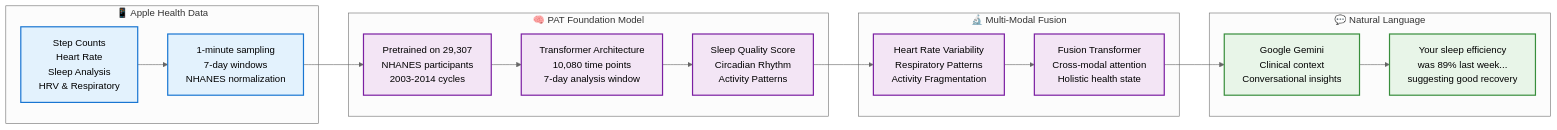
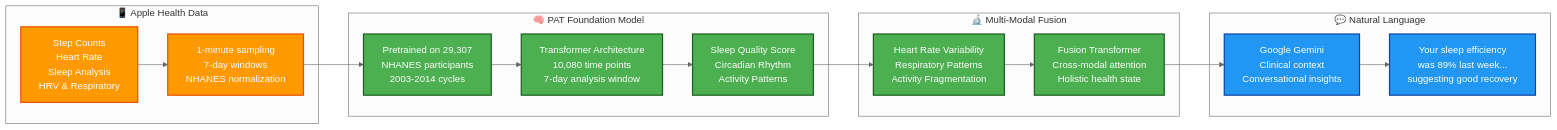
One commit to Clairty-Digital-Twin/clarity-loop-backend changed the first of 2 diagrams in README.md. Above: the diagram before and after it, drawn with Mermaid (neutral theme).

Commit message:
fix: Update README class definitions for improved visual clarity and consistency
- Changed color definitions for data, AI, output, frontend, API, storage, and ML classes in the README to enhance visual distinction and readability.
- Ensured consistent color usage across diagrams to reflect a more cohesive design aesthetic, aligning with the project's human-centered approach.

````diff
--- a/README.md
+++ b/README.md
@@ -15,34 +15,34 @@
 ```mermaid
 graph LR
     subgraph DataIngestion ["📱 Apple Health Data"]
         A[Step Counts<br/>Heart Rate<br/>Sleep Analysis<br/>HRV & Respiratory]
         B[1-minute sampling<br/>7-day windows<br/>NHANES normalization]
     end
     
     subgraph PAT ["🧠 PAT Foundation Model"]
         C[Pretrained on 29,307<br/>NHANES participants<br/>2003-2014 cycles]
         D[Transformer Architecture<br/>10,080 time points<br/>7-day analysis window]
         E[Sleep Quality Score<br/>Circadian Rhythm<br/>Activity Patterns]
     end
     
     subgraph Multimodal ["🔬 Multi-Modal Fusion"]
         F[Heart Rate Variability<br/>Respiratory Patterns<br/>Activity Fragmentation]
         G[Fusion Transformer<br/>Cross-modal attention<br/>Holistic health state]
     end
     
     subgraph NLG ["💬 Natural Language"]
         H[Google Gemini<br/>Clinical context<br/>Conversational insights]
         I["Your sleep efficiency<br/>was 89% last week...<br/>suggesting good recovery"]
     end
     
     A --> B --> C --> D --> E
     E --> F --> G --> H --> I
     
-    classDef data fill:#e3f2fd,stroke:#1976d2,stroke-width:2px,color:black
-    classDef ai fill:#f3e5f5,stroke:#7b1fa2,stroke-width:2px,color:black
-    classDef output fill:#e8f5e8,stroke:#388e3c,stroke-width:2px,color:black
+    classDef data fill:#ff9900,stroke:#e65100,stroke-width:2px,color:white
+    classDef ai fill:#4caf50,stroke:#1b5e20,stroke-width:2px,color:white
+    classDef output fill:#2196f3,stroke:#0d47a1,stroke-width:2px,color:white
     
     class A,B data
     class C,D,E,F,G ai
     class H,I output
 ```
````
